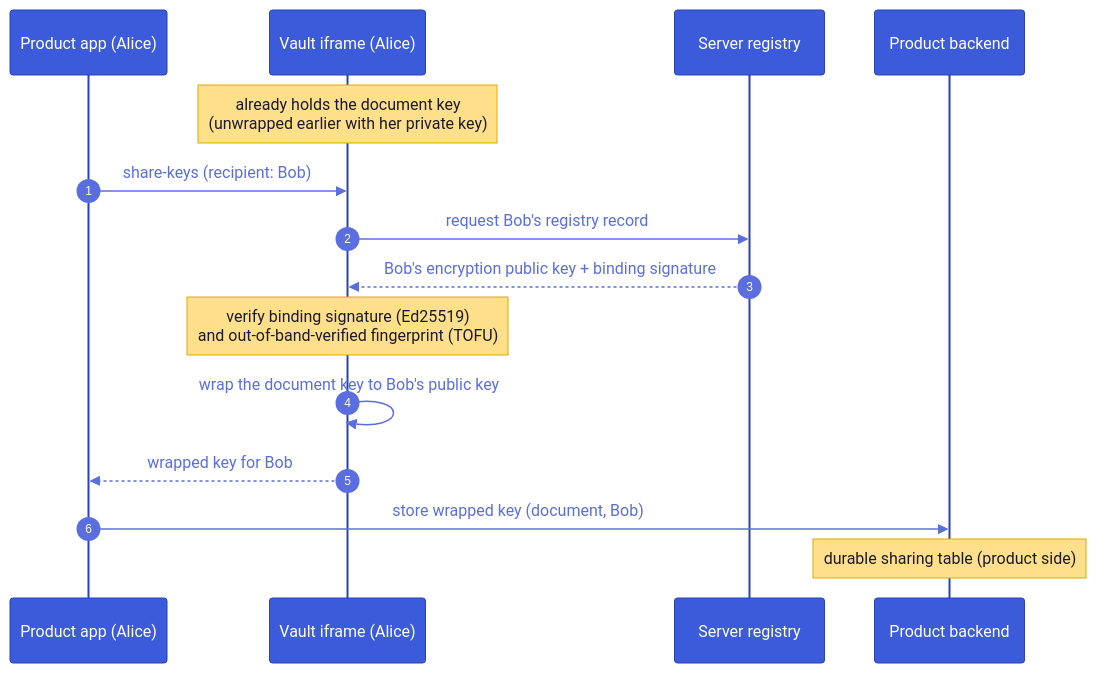
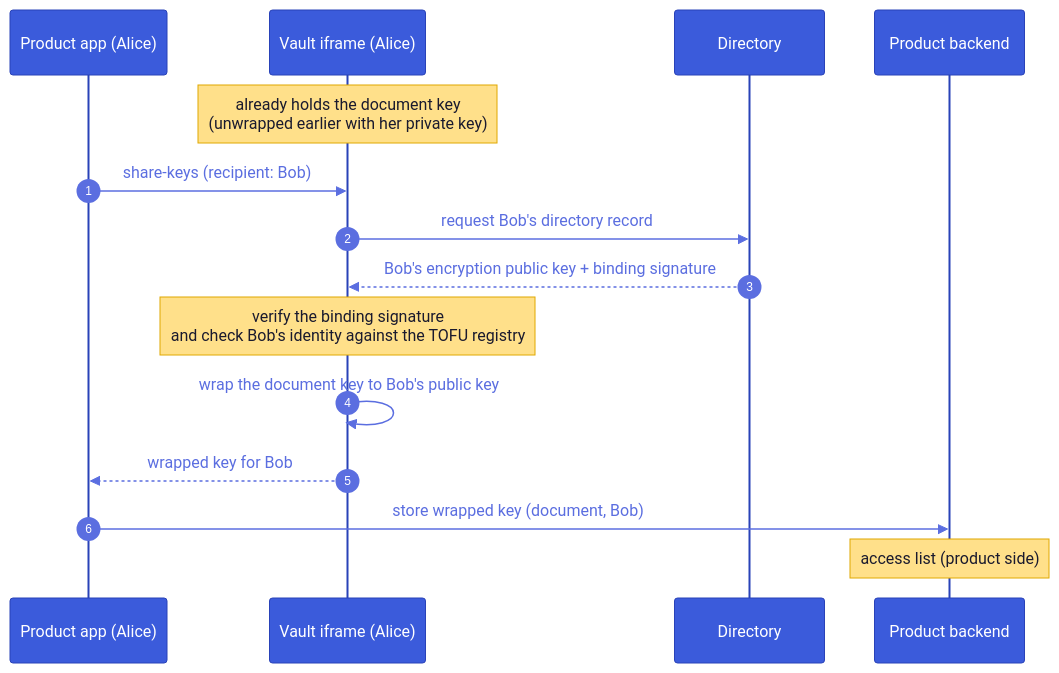
The sixth of 24 diagrams in architecture.md (suitenumerique/encryption), drawn with Mermaid before and after one commit. The commit also changed other lines of this file and 24 other files, not shown here.

Commit message:
fix(crypto): encrypt with xchacha20-poly1305 aead instead of xsalsa20 secretbox as documented + harden vault integrity checks & chore(docs): rework the architecture document

````diff
--- a/architecture.md
+++ b/architecture.md
@@ -117,18 +745,18 @@
 ```mermaid
-%%{init: {'theme':'base','themeVariables':{'actorBkg':'#3b5bdb','actorTextColor':'#fff','actorBorder':'#2942b8','signalColor':'#5b6ee0','signalTextColor':'#5b6ee0','noteBkgColor':'#ffe08a','noteTextColor':'#1a1a2e','noteBorderColor':'#e0a800','sequenceNumberColor':'#fff'}}}%%
+%%{init: {'theme':'base','look':'classic','themeVariables':{'actorBkg':'#3b5bdb','actorTextColor':'#fff','actorBorder':'#2942b8','signalColor':'#5b6ee0','signalTextColor':'#5b6ee0','noteBkgColor':'#ffe08a','noteTextColor':'#1a1a2e','noteBorderColor':'#e0a800','sequenceNumberColor':'#fff'}}}%%
 sequenceDiagram
   autonumber
   participant PA as Product app (Alice)
   participant VA as Vault iframe (Alice)
-  participant REG as Server registry
+  participant REG as Directory
   participant PB as Product backend
   Note over VA: already holds the document key<br/>(unwrapped earlier with her private key)
   PA->>VA: share-keys (recipient: Bob)
-  VA->>REG: request Bob's registry record
+  VA->>REG: request Bob's directory record
   REG-->>VA: Bob's encryption public key + binding signature
-  Note over VA: verify binding signature (Ed25519)<br/>and out-of-band-verified fingerprint (TOFU)
+  Note over VA: verify the binding signature<br/>and check Bob's identity against the TOFU registry
   VA->>VA: wrap the document key to Bob's public key
   VA-->>PA: wrapped key for Bob
   PA->>PB: store wrapped key (document, Bob)
-  Note over PB: durable sharing table (product side)
+  Note over PB: access list (product side)
 ```
````
